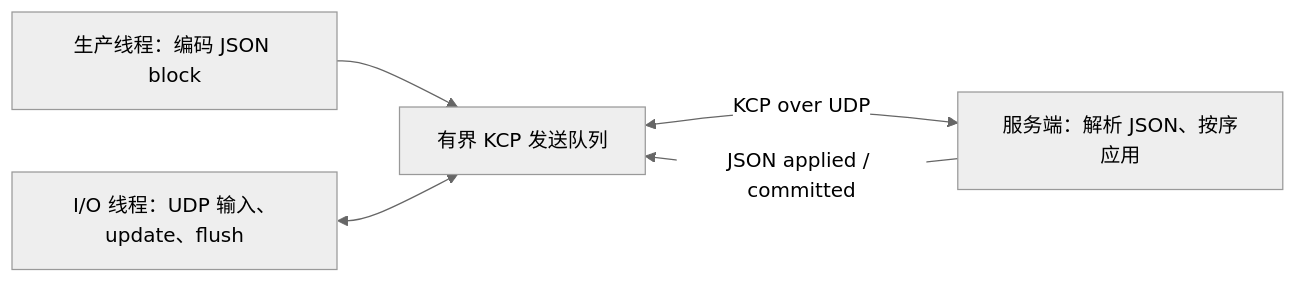
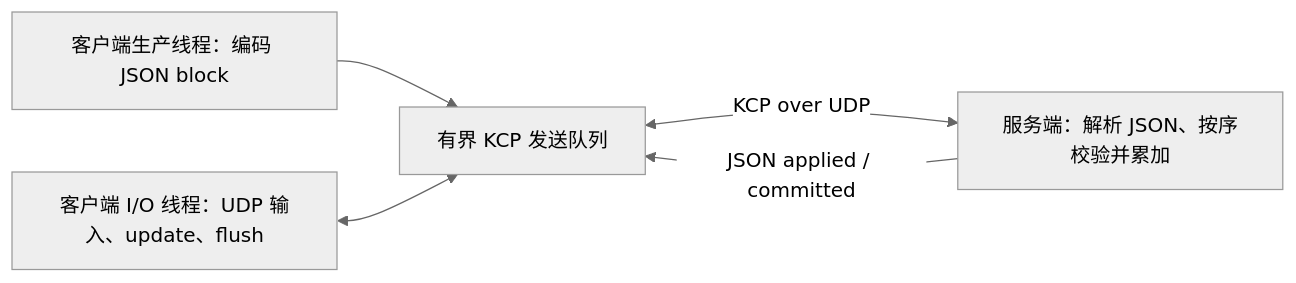
The diagram in docs/KCP_BUSINESS.zh-CN.md (HuangX666/hx_c_platform), drawn with Mermaid (neutral theme) before and after one commit. The commit also changed other lines of this file and 135 other files, not shown here.

````diff
--- a/docs/KCP_BUSINESS.zh-CN.md
+++ b/docs/KCP_BUSINESS.zh-CN.md
@@ -46,7 +54,7 @@
 ```mermaid
 flowchart LR
-    P[生产线程：编码 JSON block] --> Q[有界 KCP 发送队列]
-    IO[I/O 线程：UDP 输入、update、flush] <--> Q
-    Q <-->|KCP over UDP| S[服务端：解析 JSON、按序应用]
+    P[客户端生产线程：编码 JSON block] --> Q[有界 KCP 发送队列]
+    IO[客户端 I/O 线程：UDP 输入、update、flush] <--> Q
+    Q <-->|KCP over UDP| S[服务端：解析 JSON、按序校验并累加]
     S -->|JSON applied / committed| Q
 ```
````
